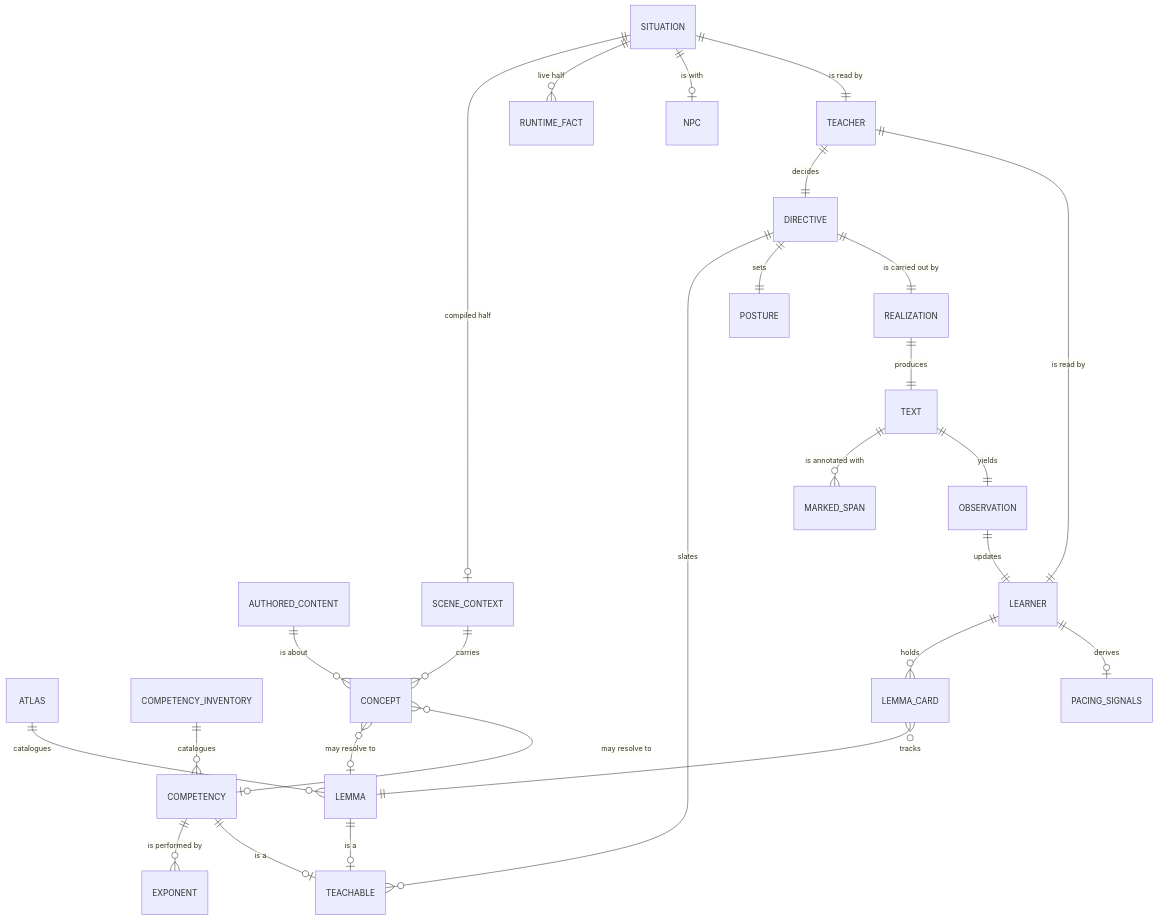
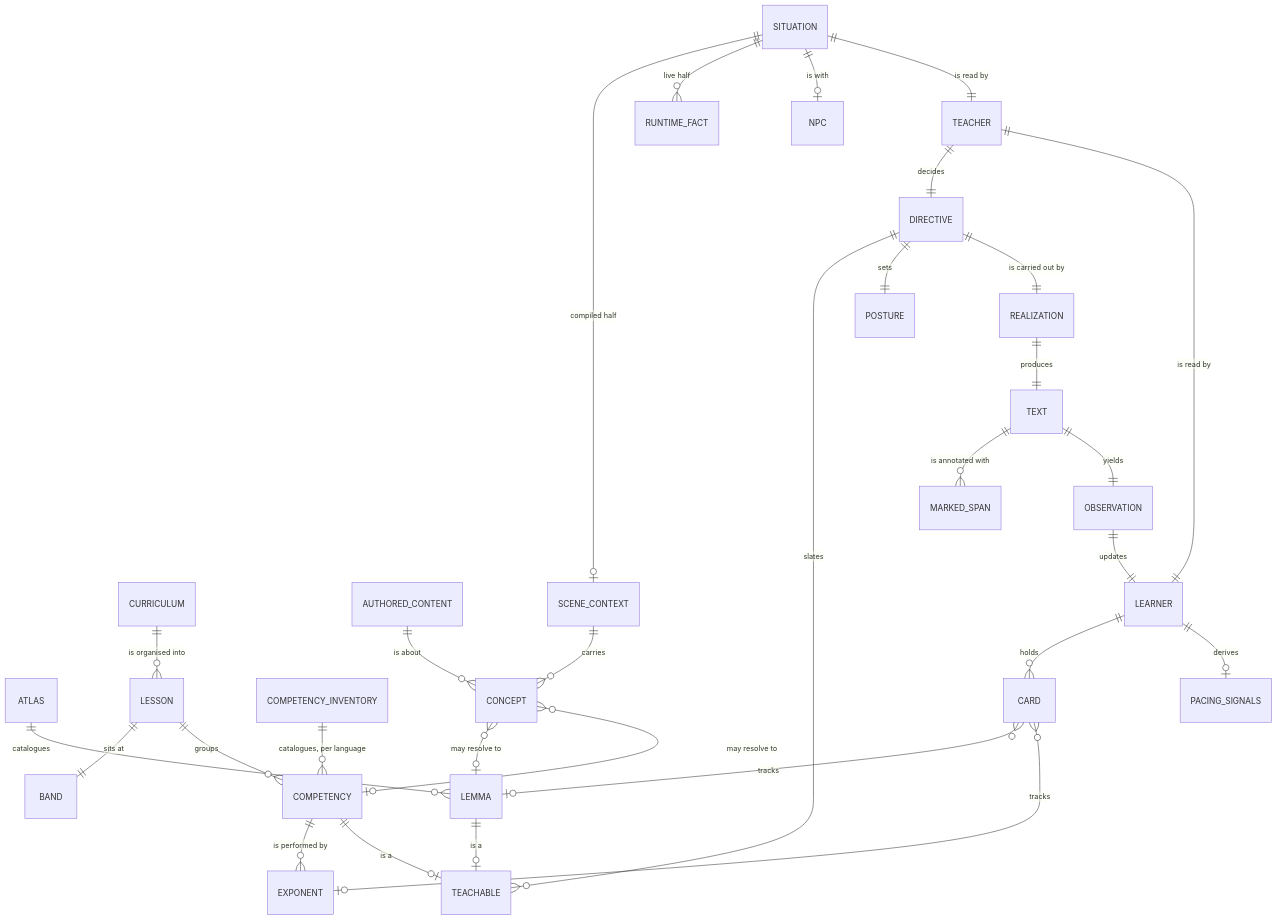
The diagram in packages/plugins/src/catalog/sugarlang/docs/api/domain-model.md (nikkileaps/sugarmagic), drawn with Mermaid before and after one commit. The commit also changed other lines of this file and 6 other files, not shown here.

````diff
--- a/packages/plugins/src/catalog/sugarlang/docs/api/domain-model.md
+++ b/packages/plugins/src/catalog/sugarlang/docs/api/domain-model.md
@@ -36,34 +36,38 @@
 ```mermaid
 erDiagram
     ATLAS ||--o{ LEMMA : "catalogues"
-    COMPETENCY_INVENTORY ||--o{ COMPETENCY : "catalogues"
+    CURRICULUM ||--o{ LESSON : "is organised into"
+    LESSON ||--|| BAND : "sits at"
+    LESSON ||--o{ COMPETENCY : "groups"
     COMPETENCY ||--o{ EXPONENT : "is performed by"
+    COMPETENCY_INVENTORY ||--o{ COMPETENCY : "catalogues, per language"
 
     AUTHORED_CONTENT ||--o{ CONCEPT : "is about"
     CONCEPT }o--o| LEMMA : "may resolve to"
     CONCEPT }o--o| COMPETENCY : "may resolve to"
 
     LEMMA ||--o| TEACHABLE : "is a"
     COMPETENCY ||--o| TEACHABLE : "is a"
 
     SCENE_CONTEXT ||--o{ CONCEPT : "carries"
     SITUATION ||--o| SCENE_CONTEXT : "compiled half"
     SITUATION ||--o{ RUNTIME_FACT : "live half"
     SITUATION ||--o| NPC : "is with"
 
-    LEARNER ||--o{ LEMMA_CARD : "holds"
-    LEMMA_CARD }o--|| LEMMA : "tracks"
+    LEARNER ||--o{ CARD : "holds"
+    CARD }o--o| LEMMA : "tracks"
+    CARD }o--o| EXPONENT : "tracks"
     LEARNER ||--o| PACING_SIGNALS : "derives"
 
     SITUATION ||--|| TEACHER : "is read by"
     LEARNER ||--|| TEACHER : "is read by"
     TEACHER ||--|| DIRECTIVE : "decides"
     DIRECTIVE ||--o{ TEACHABLE : "slates"
     DIRECTIVE ||--|| POSTURE : "sets"
 
     DIRECTIVE ||--|| REALIZATION : "is carried out by"
     REALIZATION ||--|| TEXT : "produces"
     TEXT ||--o{ MARKED_SPAN : "is annotated with"
     TEXT ||--|| OBSERVATION : "yields"
     OBSERVATION ||--|| LEARNER : "updates"
 ```
````
